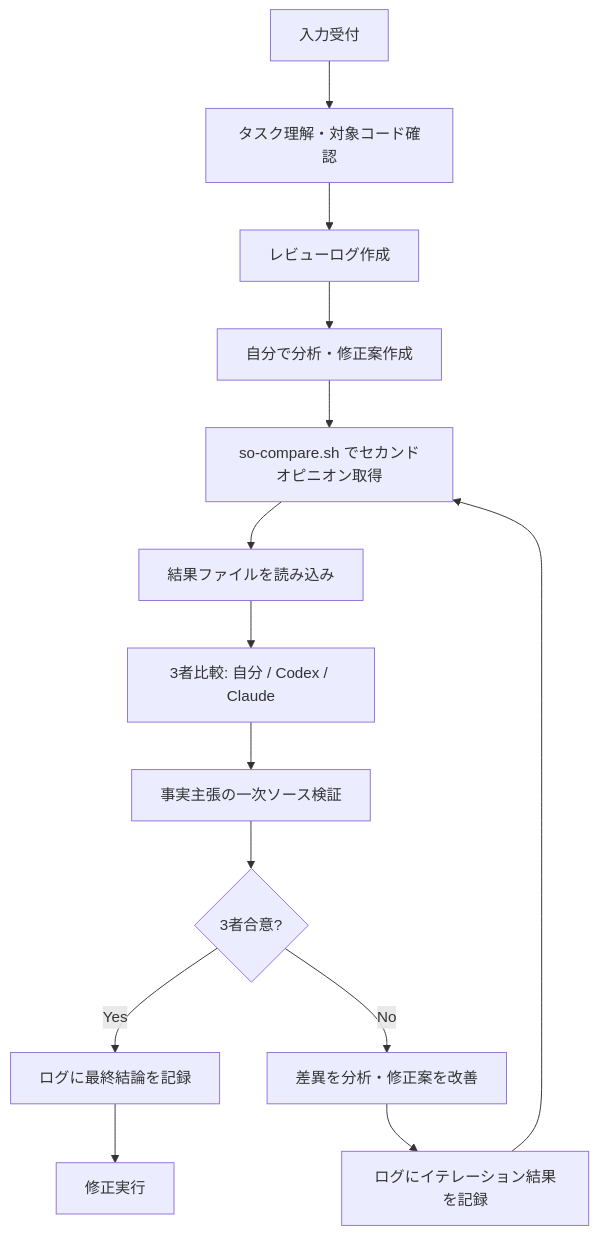
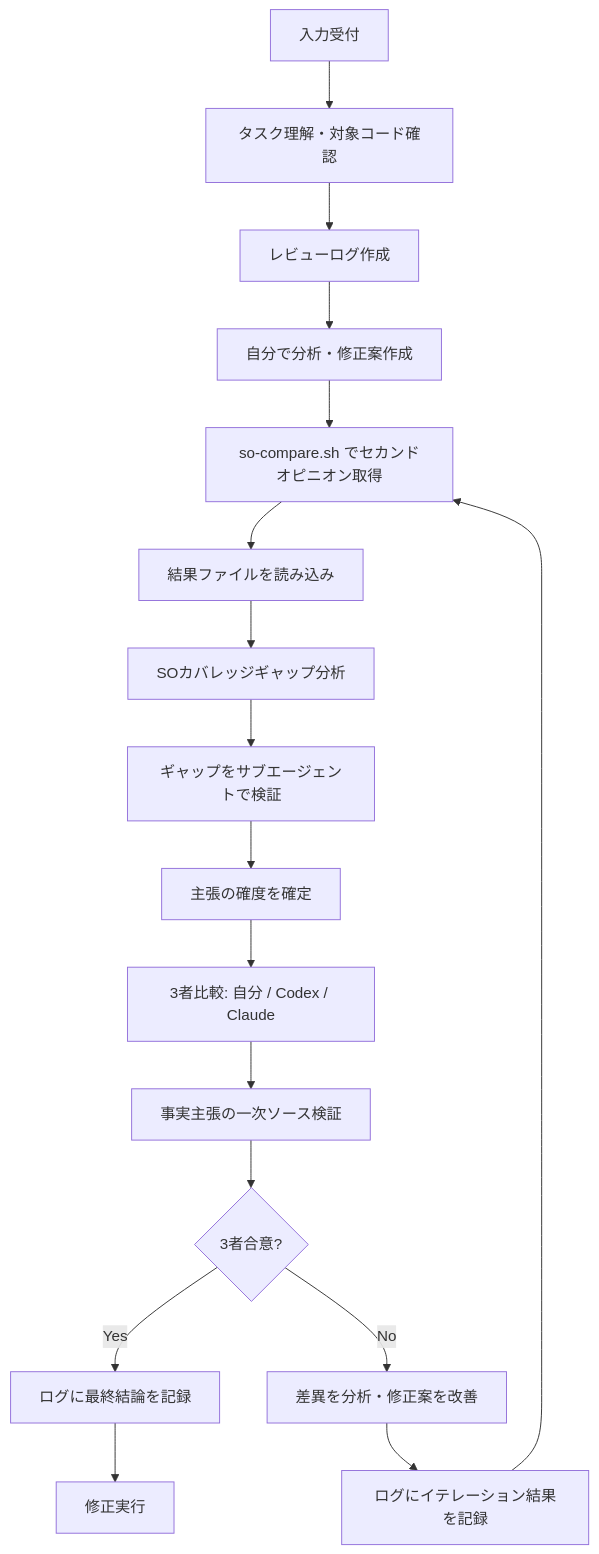
One commit to stlwolf/ai-development-hub changed the diagram in cursor/command/verification/peer-ai-review.md. Above: the diagram before and after it, drawn with Mermaid. The commit also changed other lines of this file and 1 other file, not shown here.

````diff
--- a/cursor/command/verification/peer-ai-review.md
+++ b/cursor/command/verification/peer-ai-review.md
@@ -28,16 +28,19 @@
 ```mermaid
 flowchart TD
     A[入力受付] --> B[タスク理解・対象コード確認]
     B --> L[レビューログ作成]
     L --> C[自分で分析・修正案作成]
     C --> D[so-compare.sh でセカンドオピニオン取得]
     D --> E[結果ファイルを読み込み]
-    E --> F[3者比較: 自分 / Codex / Claude]
+    E --> GAP[SOカバレッジギャップ分析]
+    GAP --> FILL[ギャップをサブエージェントで検証]
+    FILL --> CONF[主張の確度を確定]
+    CONF --> F[3者比較: 自分 / Codex / Claude]
     F --> V[事実主張の一次ソース検証]
     V --> G{3者合意?}
     G -->|Yes| K[ログに最終結論を記録]
     K --> H[修正実行]
     G -->|No| I[差異を分析・修正案を改善]
     I --> J[ログにイテレーション結果を記録]
     J --> D
 ```
````
